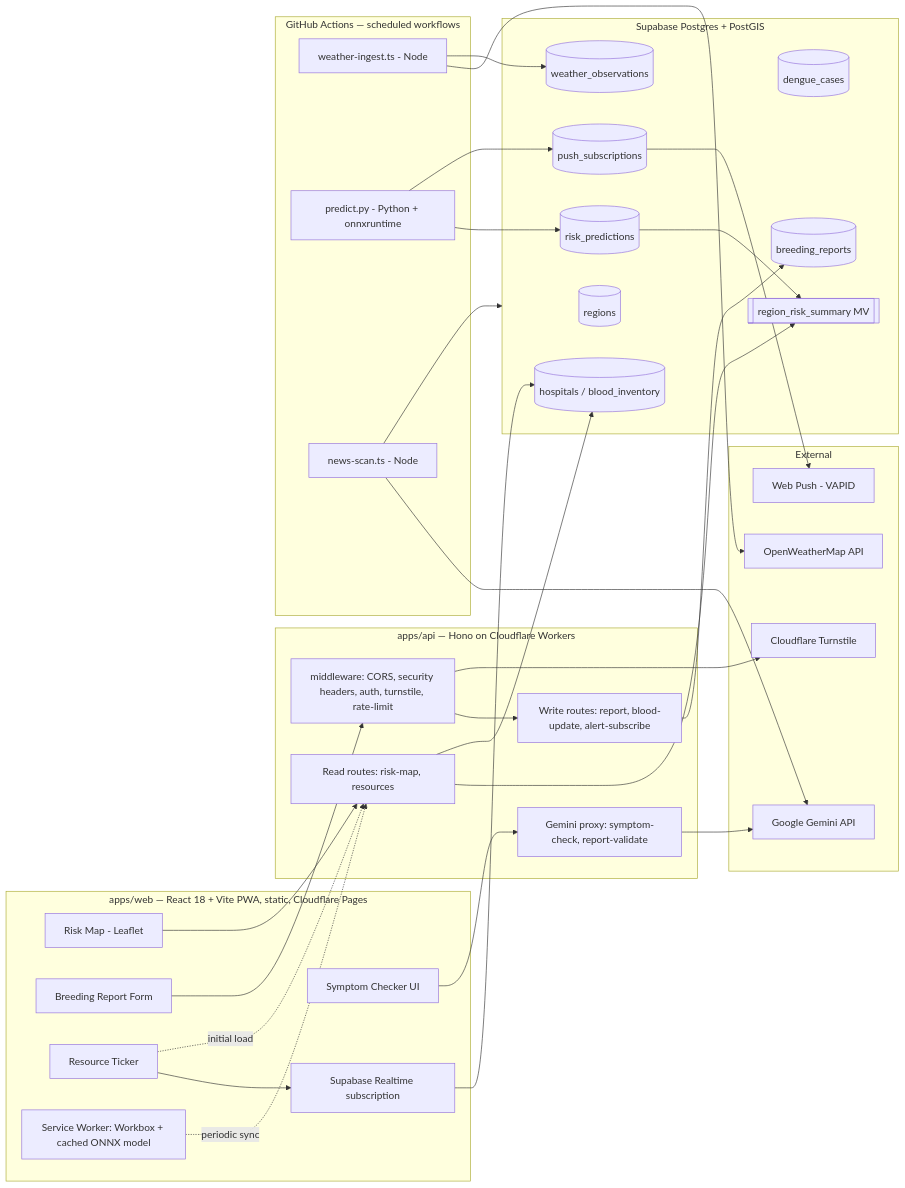
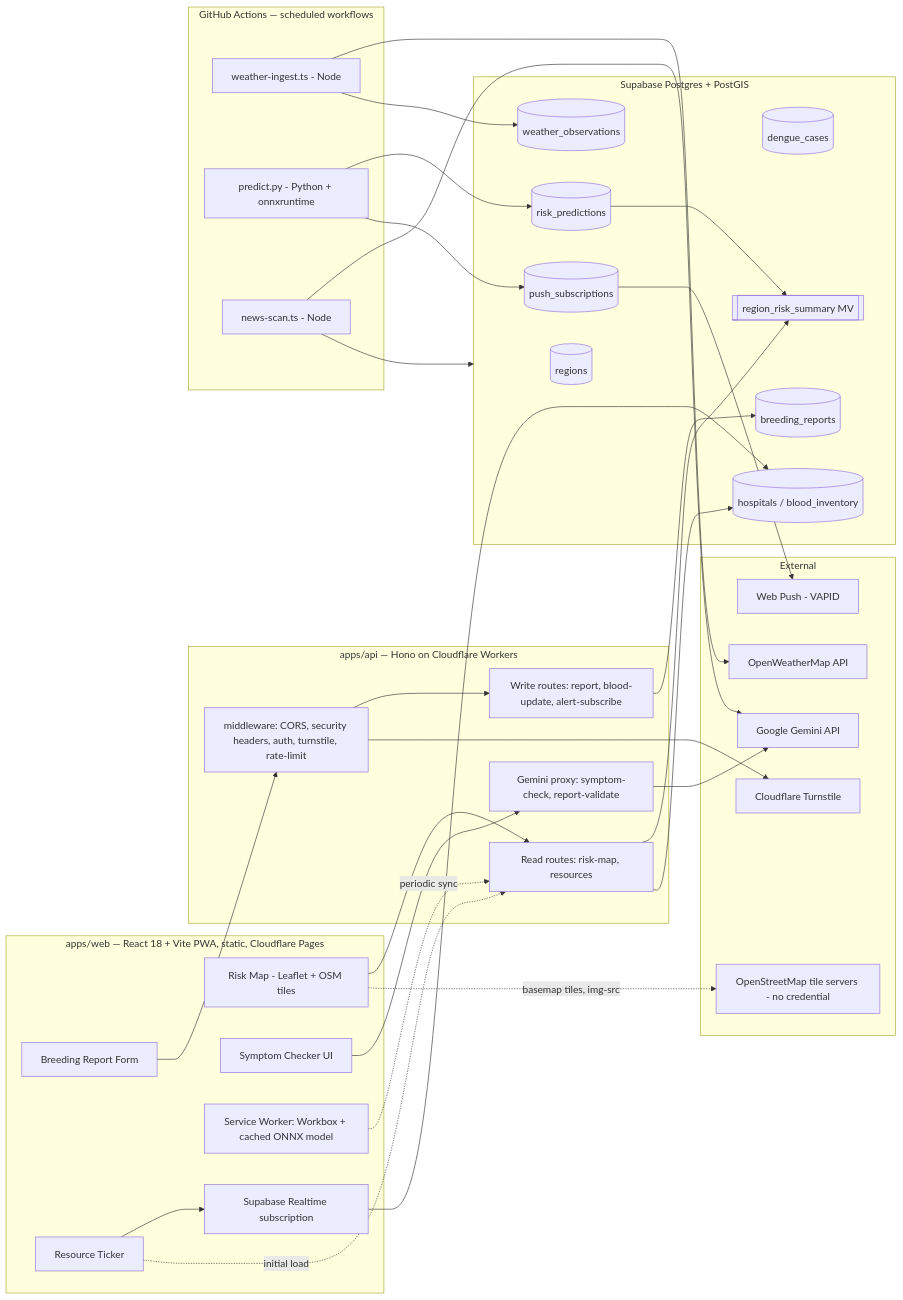
Before and after one commit to HuzaifaTahsin05/Avash-clone: the diagram in README.md, drawn with Mermaid. The commit also changed other lines of this file and 63 other files, not shown here.

````diff
--- a/README.md
+++ b/README.md
@@ -25,56 +25,58 @@
 ```mermaid
 flowchart LR
     subgraph Browser [apps/web — React 18 + Vite PWA, static, Cloudflare Pages]
-        MAP[Risk Map - Leaflet]
+        MAP[Risk Map - Leaflet + OSM tiles]
         SYM[Symptom Checker UI]
         REP[Breeding Report Form]
         RES[Resource Ticker]
         SW[Service Worker: Workbox + cached ONNX model]
         RT[Supabase Realtime subscription]
     end
 
     subgraph API [apps/api — Hono on Cloudflare Workers]
         MW[middleware: CORS, security headers, auth, turnstile, rate-limit]
         API_READ[Read routes: risk-map, resources]
         API_WRITE[Write routes: report, blood-update, alert-subscribe]
         API_LLM[Gemini proxy: symptom-check, report-validate]
     end
 
     subgraph Jobs [GitHub Actions — scheduled workflows]
         JOB_WEATHER[weather-ingest.ts - Node]
         JOB_PREDICT[predict.py - Python + onnxruntime]
         JOB_NEWS[news-scan.ts - Node]
     end
 
     subgraph Data [Supabase Postgres + PostGIS]
         REGIONS[(regions)]
         WEATHER[(weather_observations)]
         CASES[(dengue_cases)]
         PRED[(risk_predictions)]
         MV[[region_risk_summary MV]]
         REPORTS[(breeding_reports)]
         HOSP[(hospitals / blood_inventory)]
         PUSH[(push_subscriptions)]
     end
 
     subgraph External
         OWM[OpenWeatherMap API]
         GEMINI[Google Gemini API]
         TURNSTILE[Cloudflare Turnstile]
         WEBPUSH[Web Push - VAPID]
+        OSM[OpenStreetMap tile servers - no credential]
     end
 
     MAP --> API_READ --> MV
     REP --> MW --> API_WRITE --> REPORTS
     SYM --> API_LLM --> GEMINI
     RES --> RT --> HOSP
     RES -. initial load .-> API_READ --> HOSP
     JOB_WEATHER --> OWM
     JOB_WEATHER --> WEATHER
     JOB_PREDICT --> PRED --> MV
     JOB_PREDICT --> PUSH --> WEBPUSH
     JOB_NEWS --> GEMINI
     JOB_NEWS --> Data
     SW -. periodic sync .-> API_READ
     MW --> TURNSTILE
+    MAP -. basemap tiles, img-src .-> OSM
 ```
````
